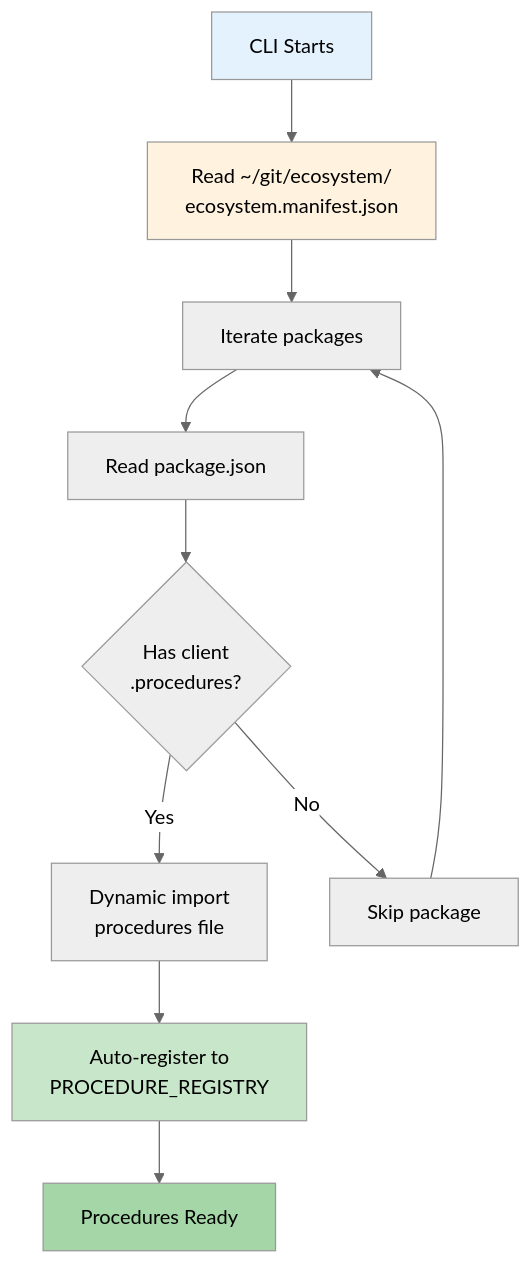
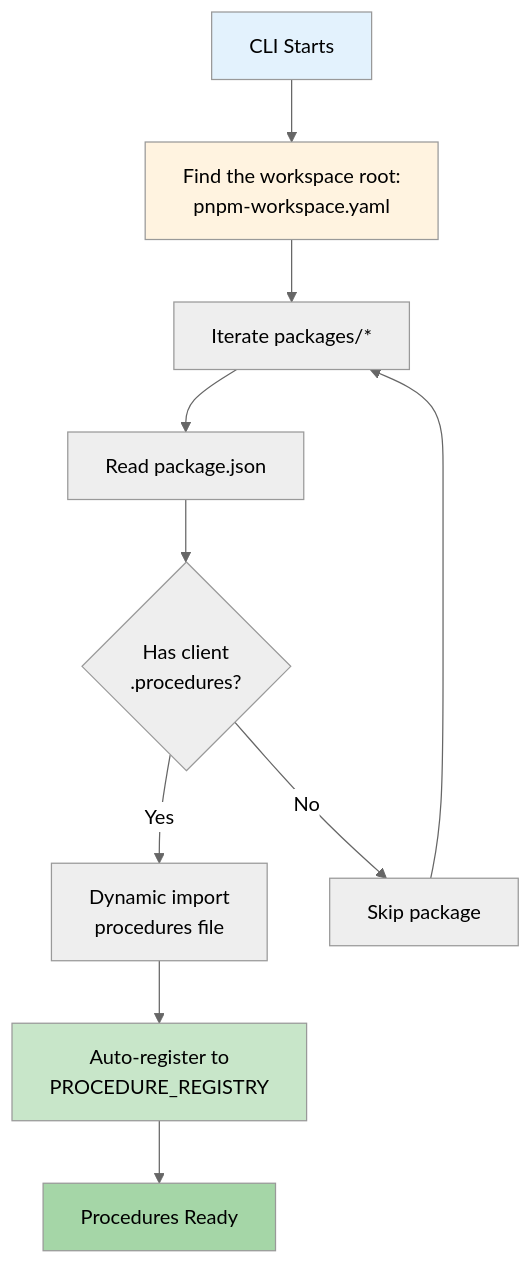
Before and after one commit to mark1russell7/client: the third of 5 diagrams in packages/mark/README.md, drawn with Mermaid (neutral theme). The commit also changed other lines of this file and 22 other files, not shown here.

````diff
--- a/packages/mark/README.md
+++ b/packages/mark/README.md
@@ -266,27 +295,27 @@
 ```mermaid
 graph TB
     START[CLI Starts]
-    MANIFEST[Read ~/git/ecosystem/<br/>ecosystem.manifest.json]
-    PACKAGES[Iterate packages]
+    MANIFEST[Find the workspace root:<br/>pnpm-workspace.yaml]
+    PACKAGES[Iterate packages/*]
     PKGJSON[Read package.json]
     CHECK{Has client<br/>.procedures?}
     IMPORT[Dynamic import<br/>procedures file]
     REGISTER[Auto-register to<br/>PROCEDURE_REGISTRY]
     READY[Procedures Ready]
     SKIP[Skip package]
 
     START --> MANIFEST
     MANIFEST --> PACKAGES
     PACKAGES --> PKGJSON
     PKGJSON --> CHECK
     CHECK -->|Yes| IMPORT
     CHECK -->|No| SKIP
     IMPORT --> REGISTER
     REGISTER --> READY
     SKIP --> PACKAGES
 
     style START fill:#e3f2fd
     style MANIFEST fill:#fff3e0
     style REGISTER fill:#c8e6c9
     style READY fill:#a5d6a7
 ```
````
